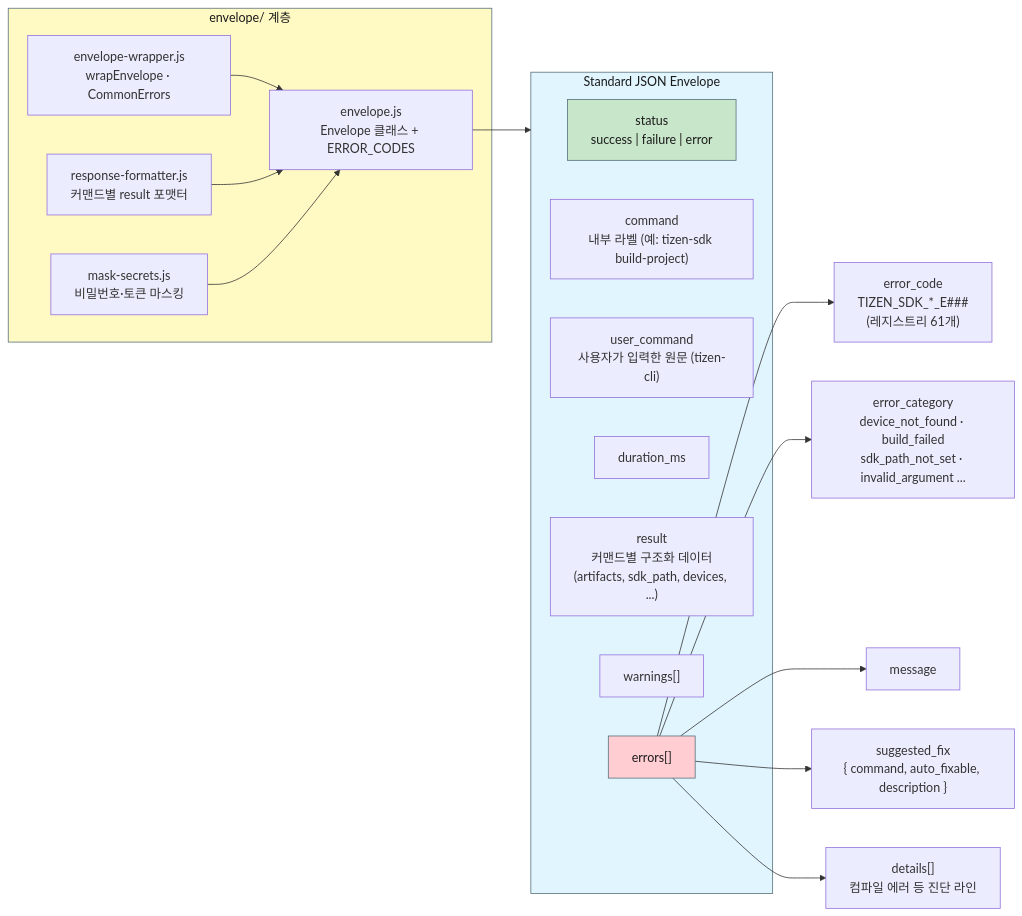
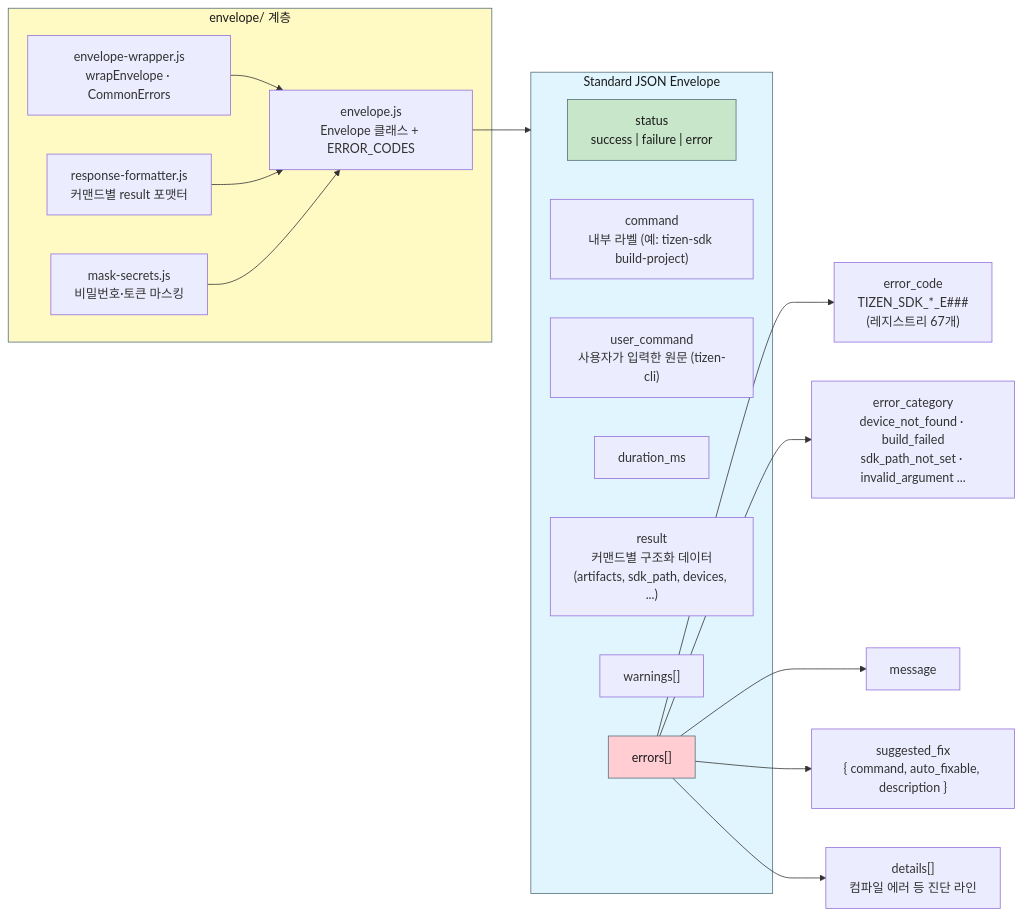
Before and after one commit to Samsung/tizen-agent-skills: the fourth of 10 diagrams in tizen-sdk-skills/docs/ARCHITECTURE_DIAGRAMS.md, drawn with Mermaid. The commit also changed other lines of this file and 5 other files, not shown here.

````diff
--- a/tizen-sdk-skills/docs/ARCHITECTURE_DIAGRAMS.md
+++ b/tizen-sdk-skills/docs/ARCHITECTURE_DIAGRAMS.md
@@ -168,35 +168,35 @@
 ```mermaid
 graph LR
     subgraph ENV["Standard JSON Envelope"]
         ST["status<br/>success | failure | error"]
         CMD["command<br/>내부 라벨 (예: tizen-sdk build-project)"]
         UC["user_command<br/>사용자가 입력한 원문 (tizen-cli)"]
         DUR["duration_ms"]
         RES["result<br/>커맨드별 구조화 데이터<br/>(artifacts, sdk_path, devices, ...)"]
         WARN["warnings[]"]
         ERRS["errors[]"]
     end
 
-    ERRS --> E1["error_code<br/>TIZEN_SDK_*_E###<br/>(레지스트리 61개)"]
+    ERRS --> E1["error_code<br/>TIZEN_SDK_*_E###<br/>(레지스트리 67개)"]
     ERRS --> E2["error_category<br/>device_not_found · build_failed<br/>sdk_path_not_set · invalid_argument ..."]
     ERRS --> E3["message"]
     ERRS --> E4["suggested_fix<br/>{ command, auto_fixable, description }"]
     ERRS --> E5["details[]<br/>컴파일 에러 등 진단 라인"]
 
     subgraph LAYER["envelope/ 계층"]
         L1["envelope.js<br/>Envelope 클래스 + ERROR_CODES"]
         L2["envelope-wrapper.js<br/>wrapEnvelope · CommonErrors"]
         L3["response-formatter.js<br/>커맨드별 result 포맷터"]
         L4["mask-secrets.js<br/>비밀번호·토큰 마스킹"]
     end
 
     L1 --> ENV
     L2 --> L1
     L3 --> L1
     L4 --> L1
 
     style ENV fill:#e1f5fe,stroke:#546e7a,color:#1a1a1a
     style ST fill:#c8e6c9,stroke:#546e7a,color:#1a1a1a
     style ERRS fill:#ffcdd2,stroke:#546e7a,color:#1a1a1a
     style LAYER fill:#fff9c4,stroke:#546e7a,color:#1a1a1a
 ```
````
